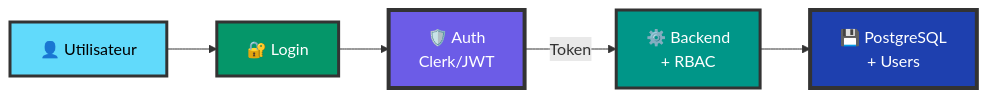
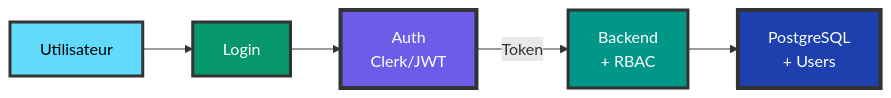
Before and after one commit to inskillflow/awsbedrock-demo-1-inmemory: the seventh of 24 diagrams in documentation/00-ARCHITECTURE.md, drawn with Mermaid. The commit also changed other lines of this file, not shown here.

````diff
--- a/documentation/00-ARCHITECTURE.md
+++ b/documentation/00-ARCHITECTURE.md
@@ -263,19 +263,19 @@
 ```mermaid
 flowchart LR
-    User[👤 Utilisateur]
-    Login[🔐 Login]
-    Auth[🛡️ Auth<br/>Clerk/JWT]
-    Backend[⚙️ Backend<br/>+ RBAC]
-    DB[💾 PostgreSQL<br/>+ Users]
+    User[Utilisateur]
+    Login[Login]
+    Auth[Auth<br/>Clerk/JWT]
+    Backend[Backend<br/>+ RBAC]
+    DB[PostgreSQL<br/>+ Users]
     
     User --> Login
     Login --> Auth
     Auth -->|Token| Backend
     Backend --> DB
     
     style User fill:#61DAFB,stroke:#333,stroke-width:3px,color:#000,font-size:16px
     style Login fill:#059669,stroke:#333,stroke-width:3px,color:#fff,font-size:16px
     style Auth fill:#6C5CE7,stroke:#333,stroke-width:4px,color:#fff,font-size:16px
     style Backend fill:#009688,stroke:#333,stroke-width:3px,color:#fff,font-size:16px
     style DB fill:#1E40AF,stroke:#333,stroke-width:4px,color:#fff,font-size:16px
 ```
````
